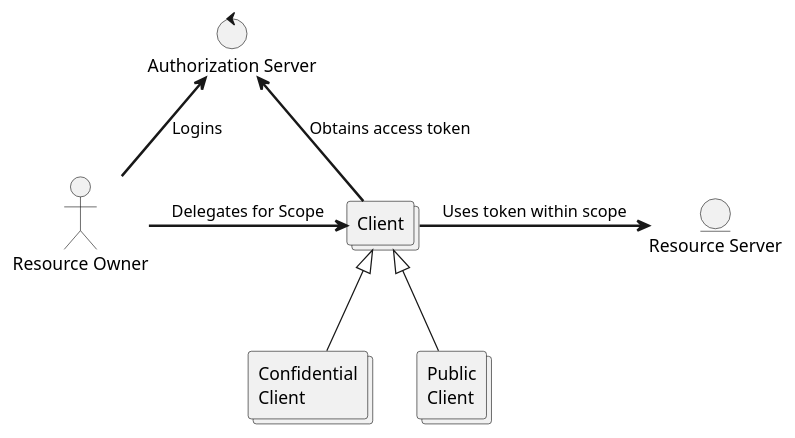
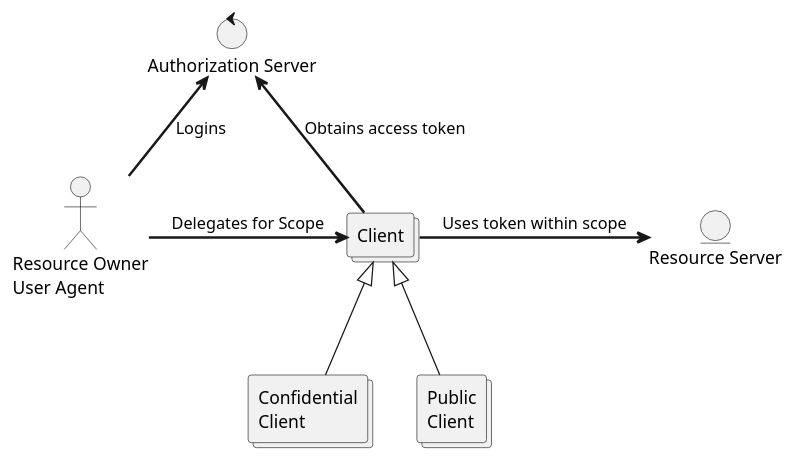
One commit to sorelmitra/learn changed the first of 4 diagrams in oauth/Readme.md. Above: the diagram before and after it, drawn with PlantUML. The commit also changed other lines of this file, not shown here.

````diff
--- a/oauth/Readme.md
+++ b/oauth/Readme.md
@@ -72,15 +87,15 @@
 ```plantuml
-actor RO as "Resource Owner"
+actor RO as "Resource Owner\nUser Agent"
 collections Client as "Client"
 collections Confidential as "Confidential\nClient"
 collections Public as "Public\nClient"
 entity RS as "Resource Server"
 control AS as "Authorization Server"
 
 AS <== RO: Logins
 RO => Client: Delegates for Scope
 AS <== Client: Obtains access token
 Client => RS: Uses token within scope
 Client <|-- Confidential
 Client <|-- Public
 ```
````
